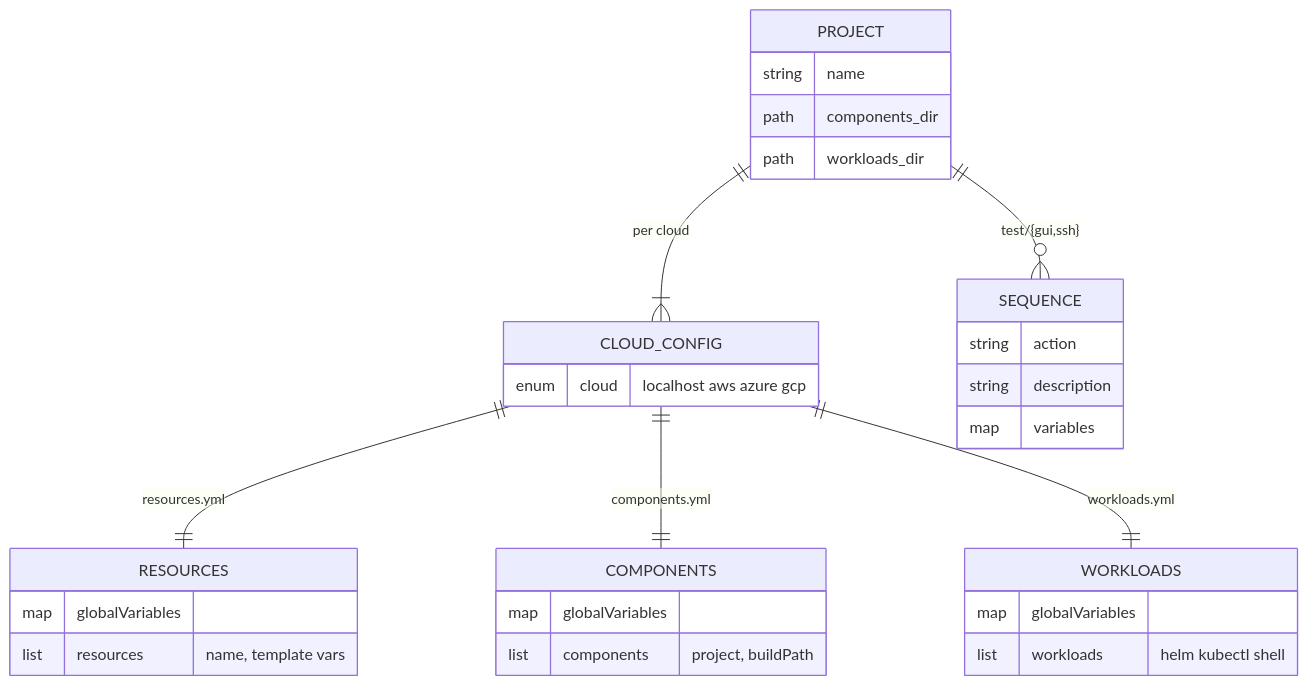
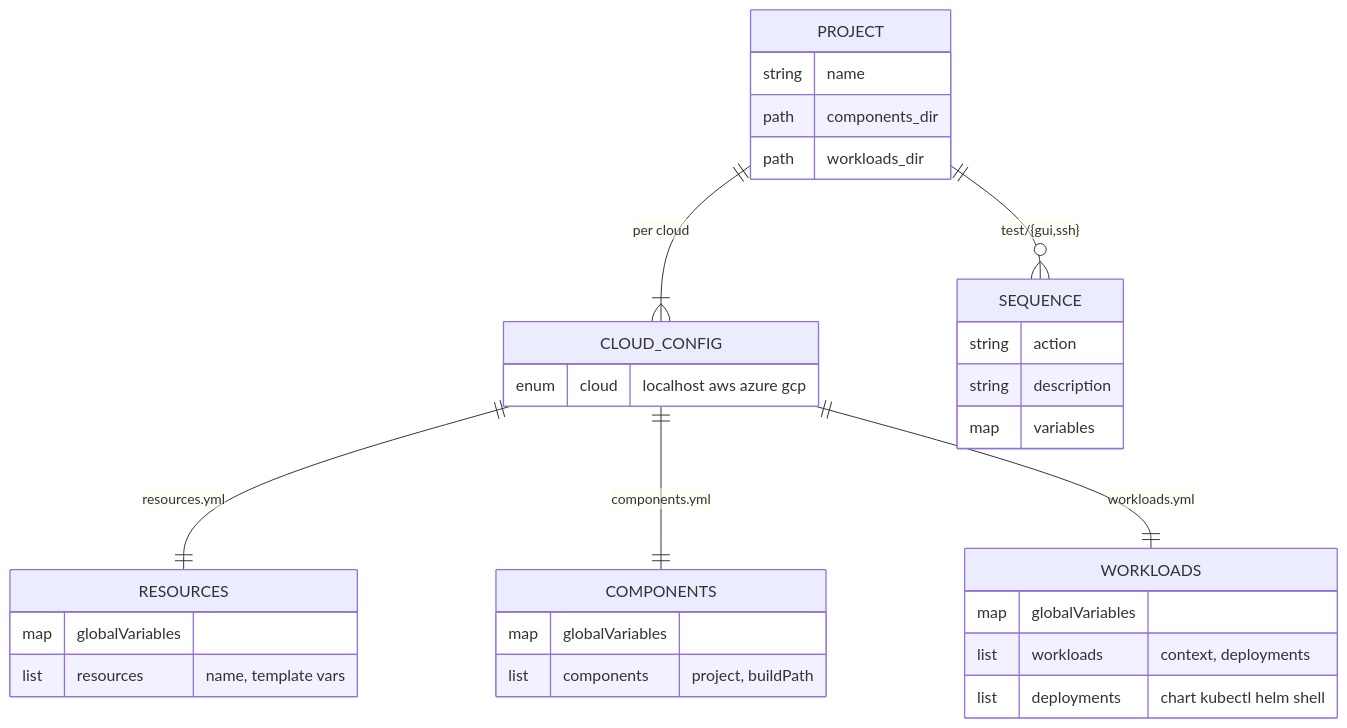
The first of 2 diagrams in docs/design/05-data-model.md (alissonsol/yuruna), drawn with Mermaid before and after one commit. The commit also changed other lines of this file and 433 other files, not shown here.

````diff
--- a/docs/design/05-data-model.md
+++ b/docs/design/05-data-model.md
@@ -16,34 +16,35 @@
 ```mermaid
 erDiagram
     PROJECT ||--|{ CLOUD_CONFIG : "per cloud"
     PROJECT ||--o{ SEQUENCE : "test/{gui,ssh}"
     CLOUD_CONFIG ||--|| RESOURCES : resources.yml
     CLOUD_CONFIG ||--|| COMPONENTS : components.yml
     CLOUD_CONFIG ||--|| WORKLOADS : workloads.yml
 
     PROJECT {
         string name
         path components_dir
         path workloads_dir
     }
     CLOUD_CONFIG {
         enum cloud "localhost aws azure gcp"
     }
     RESOURCES {
         map globalVariables
         list resources "name, template vars"
     }
     COMPONENTS {
         map globalVariables
         list components "project, buildPath"
     }
     WORKLOADS {
         map globalVariables
-        list workloads "helm kubectl shell"
+        list workloads "context, deployments"
+        list deployments "chart kubectl helm shell"
     }
     SEQUENCE {
         string action
         string description
         map variables
     }
 ```
````
